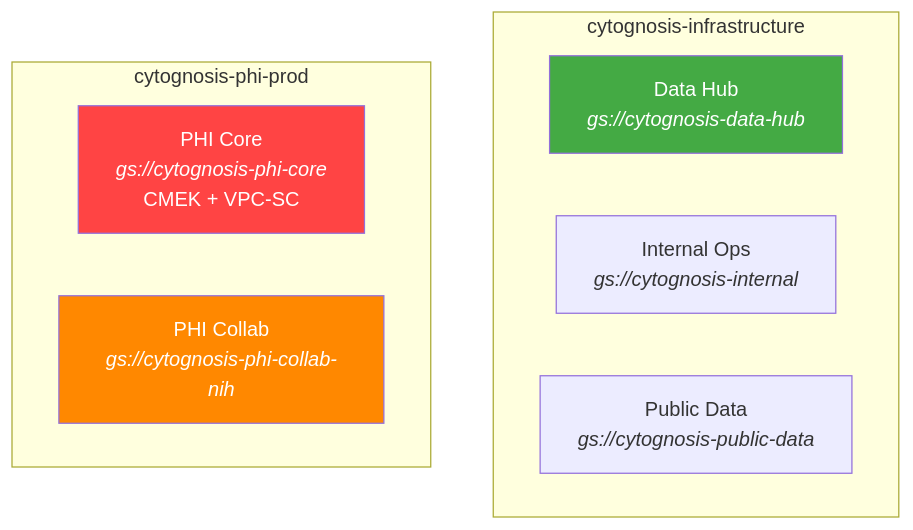
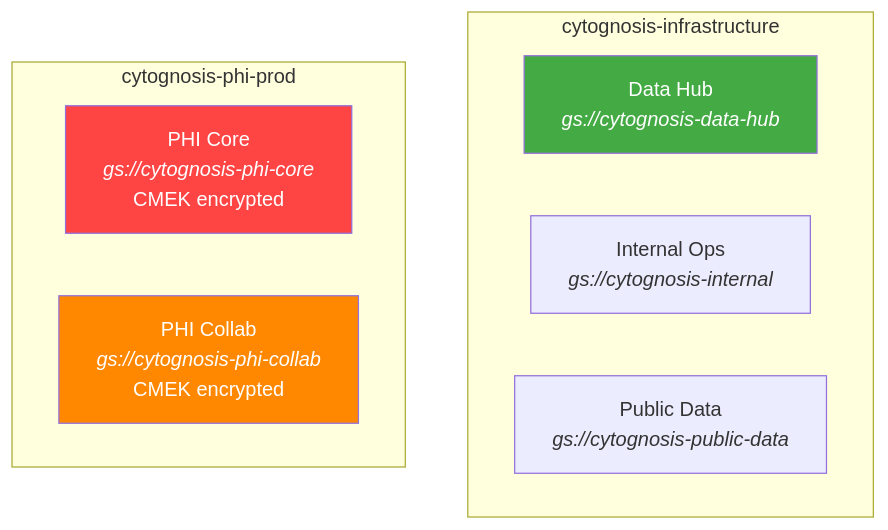
One commit to cytognosis/docs changed the diagram in 06-Operations/org/compliance/hipaa-overview.md. Above: the diagram before and after it, drawn with Mermaid. The commit also changed other lines of this file and 6 other files, not shown here.

````diff
--- a/06-Operations/org/compliance/hipaa-overview.md
+++ b/06-Operations/org/compliance/hipaa-overview.md
@@ -11,17 +11,17 @@
 ```mermaid
 graph TD
     subgraph "cytognosis-infrastructure"
         Hub["Data Hub<br/><i>gs://cytognosis-data-hub</i>"]
         Internal["Internal Ops<br/><i>gs://cytognosis-internal</i>"]
         Public["Public Data<br/><i>gs://cytognosis-public-data</i>"]
     end
     
     subgraph "cytognosis-phi-prod"
-        PHI["PHI Core<br/><i>gs://cytognosis-phi-core</i><br/>CMEK + VPC-SC"]
-        Collab["PHI Collab<br/><i>gs://cytognosis-phi-collab-nih</i>"]
+        PHI["PHI Core<br/><i>gs://cytognosis-phi-core</i><br/>CMEK encrypted"]
+        Collab["PHI Collab<br/><i>gs://cytognosis-phi-collab</i><br/>CMEK encrypted"]
     end
     
     style PHI fill:#ff4444,color:#fff
     style Collab fill:#ff8800,color:#fff
     style Hub fill:#44aa44,color:#fff
 ```
````
